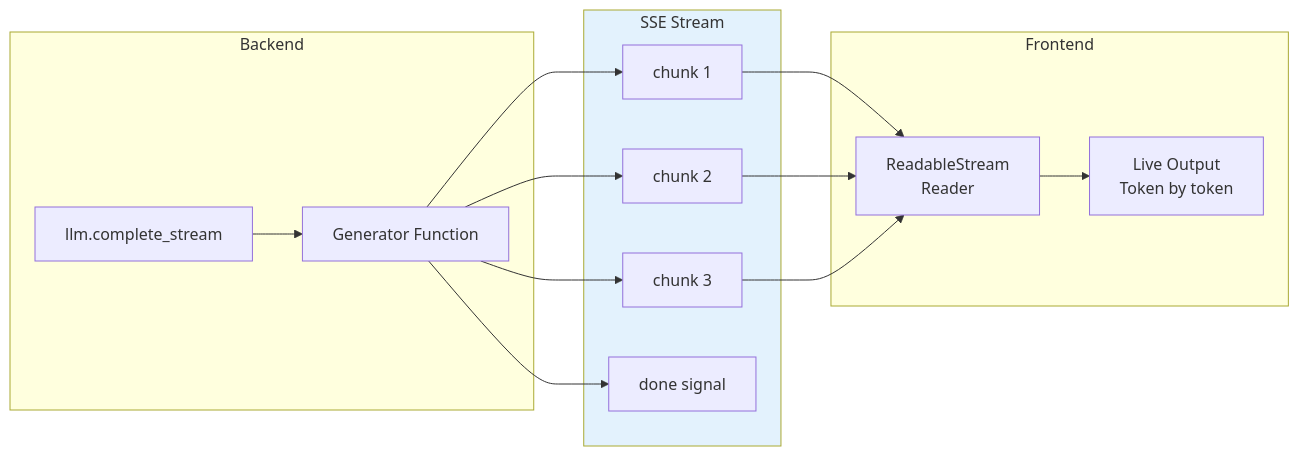
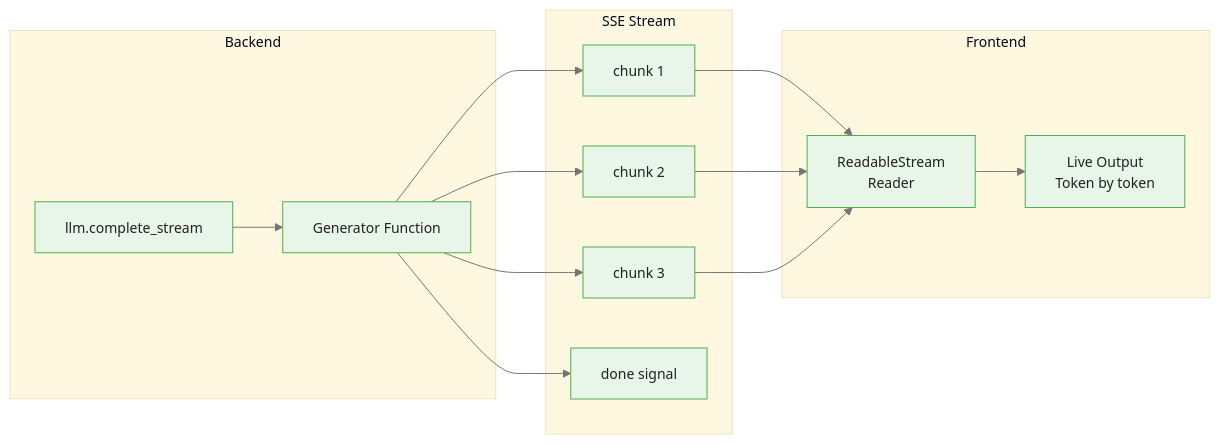
The fourth of 4 diagrams in courses/dataiku-genai/modules/module_04_deployment/guides/02_webapp_integration_slides.md (m-deane/course-creator), drawn with Mermaid before and after one commit. The commit also changed other lines of this file and 54 other files, not shown here.

````diff
--- a/courses/dataiku-genai/modules/module_04_deployment/guides/02_webapp_integration_slides.md
+++ b/courses/dataiku-genai/modules/module_04_deployment/guides/02_webapp_integration_slides.md
@@ -345,31 +343,30 @@
 ```mermaid
+%%{init: {"theme": "base", "themeVariables": {"primaryColor": "#e8f5e9", "primaryBorderColor": "#4caf50", "primaryTextColor": "#212121", "secondaryColor": "#e3f2fd", "tertiaryColor": "#fff8e1", "lineColor": "#757575", "fontFamily": "Inter, sans-serif", "fontSize": "14px"}}}%%
 flowchart LR
     subgraph Backend[Backend]
         GEN[Generator Function]
         LLM[llm.complete_stream]
     end
 
     subgraph SSE[SSE Stream]
         C1[chunk 1]
         C2[chunk 2]
         C3[chunk 3]
         DONE[done signal]
     end
 
     subgraph Frontend[Frontend]
         READER[ReadableStream<br/>Reader]
         OUTPUT[Live Output<br/>Token by token]
     end
 
     LLM --> GEN
     GEN --> C1
     GEN --> C2
     GEN --> C3
     GEN --> DONE
     C1 --> READER
     C2 --> READER
     C3 --> READER
     READER --> OUTPUT
-
-    style SSE fill:#e3f2fd
 ```
````
